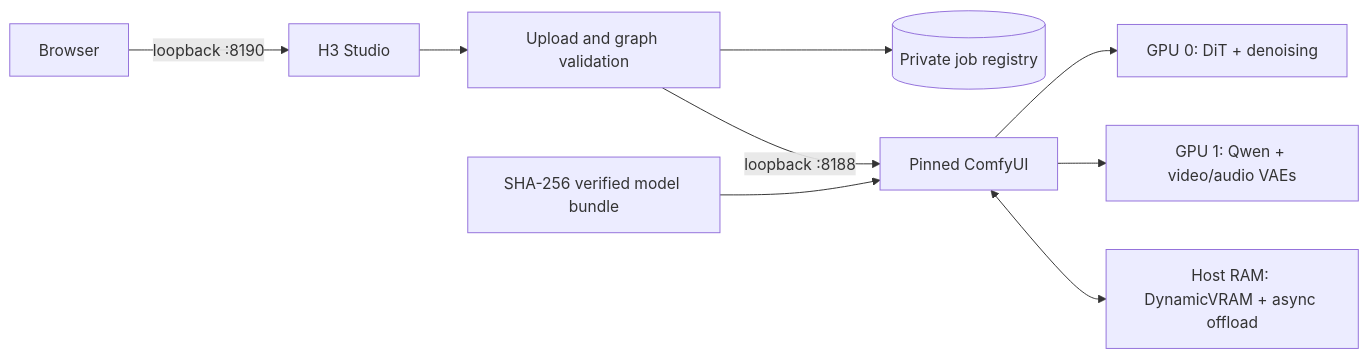
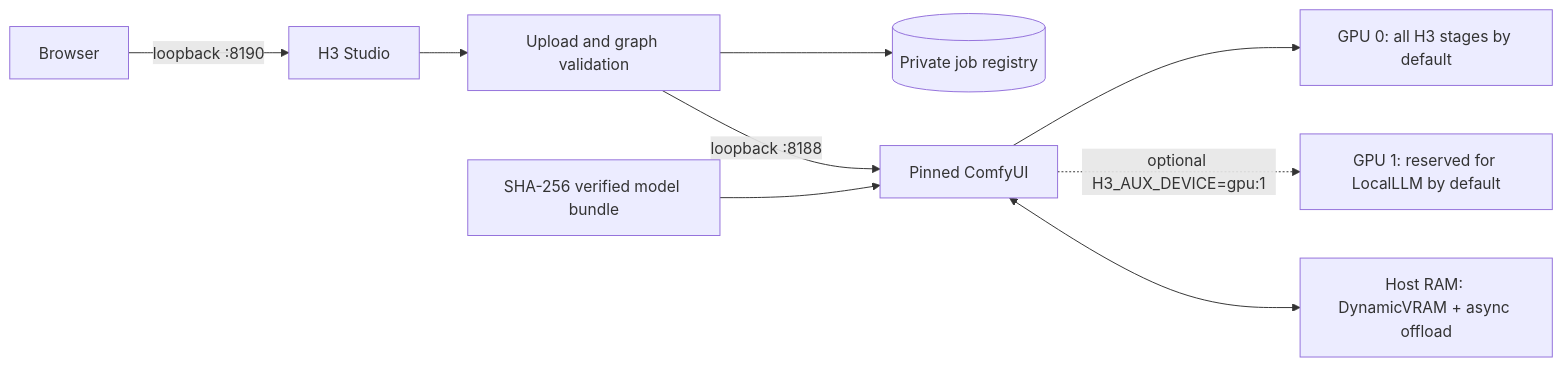
Before and after one commit to lachlanchen/LocalVideoGen: the diagram in README.md, drawn with Mermaid. The commit also changed other lines of this file and 3 other files, not shown here.

Commit message:
fix: reserve gpu one by default

````diff
--- a/README.md
+++ b/README.md
@@ -65,11 +65,12 @@
 ```mermaid
 flowchart LR
     B[Browser] -->|loopback :8190| S[H3 Studio]
     S --> V[Upload and graph validation]
     V --> J[(Private job registry)]
     V -->|loopback :8188| C[Pinned ComfyUI]
-    C --> G0[GPU 0: DiT + denoising]
-    C --> G1[GPU 1: Qwen + video/audio VAEs]
+    C --> G0[GPU 0: all H3 stages by default]
+    G1[GPU 1: reserved for LocalLLM by default]
+    C -. optional H3_AUX_DEVICE=gpu:1 .-> G1
     C <--> R[Host RAM: DynamicVRAM + async offload]
     M[SHA-256 verified model bundle] --> C
 ```
````
